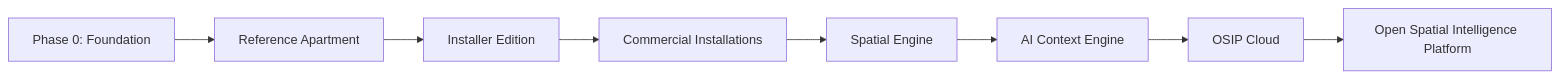
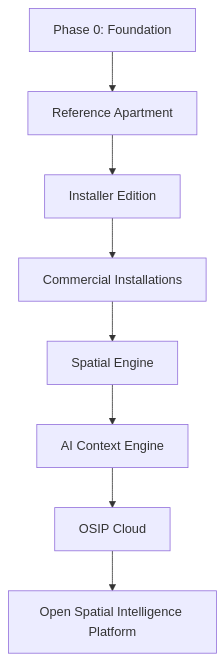
One commit to 3hllc/osip-docs changed the diagram in docs/en/strategy/roadmap.md. Above: the diagram before and after it, drawn with Mermaid. The commit also changed 6 other files, not shown here.

Commit message:
Prefer vertical layouts for OSIP diagrams

````diff
--- a/docs/en/strategy/roadmap.md
+++ b/docs/en/strategy/roadmap.md
@@ -7,10 +7,10 @@
 ```mermaid
-flowchart LR
+flowchart TB
   F[Phase 0: Foundation] --> R[Reference Apartment]
   R --> I[Installer Edition]
   I --> C[Commercial Installations]
   C --> S[Spatial Engine]
   S --> A[AI Context Engine]
   A --> CL[OSIP Cloud]
   CL --> P[Open Spatial Intelligence Platform]
 ```
````
